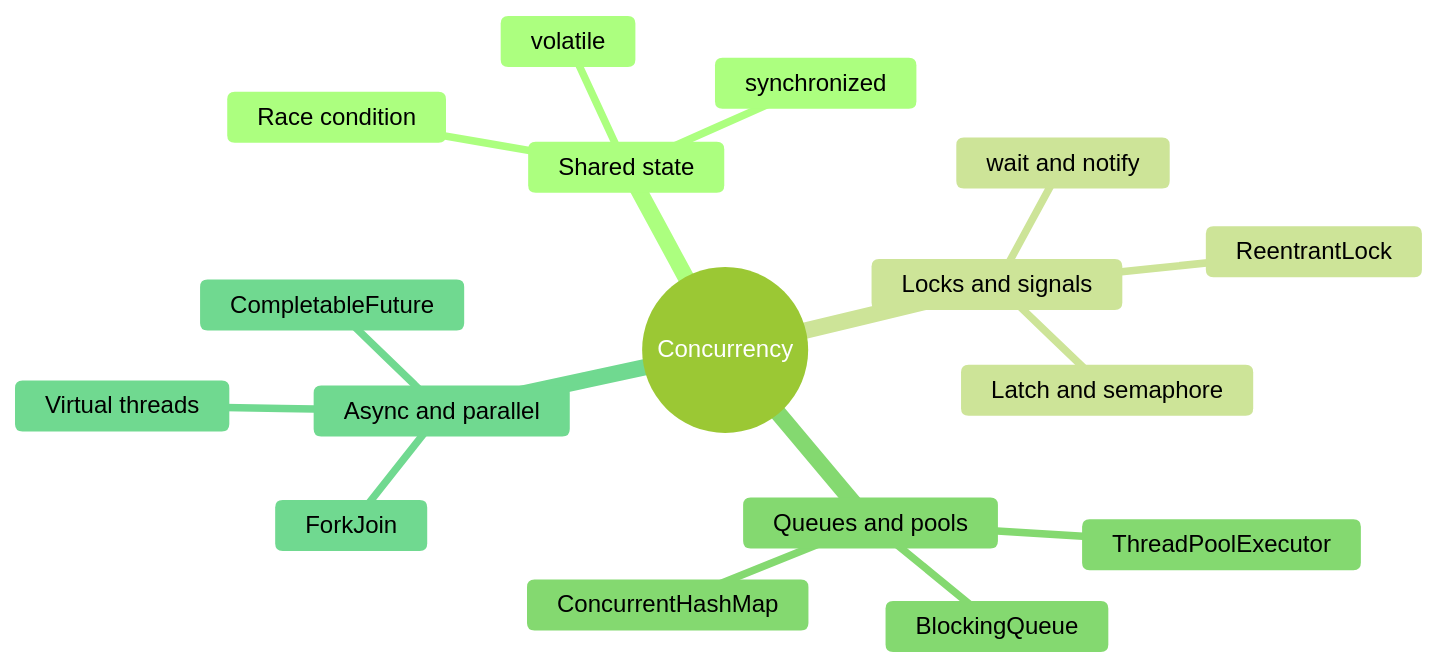
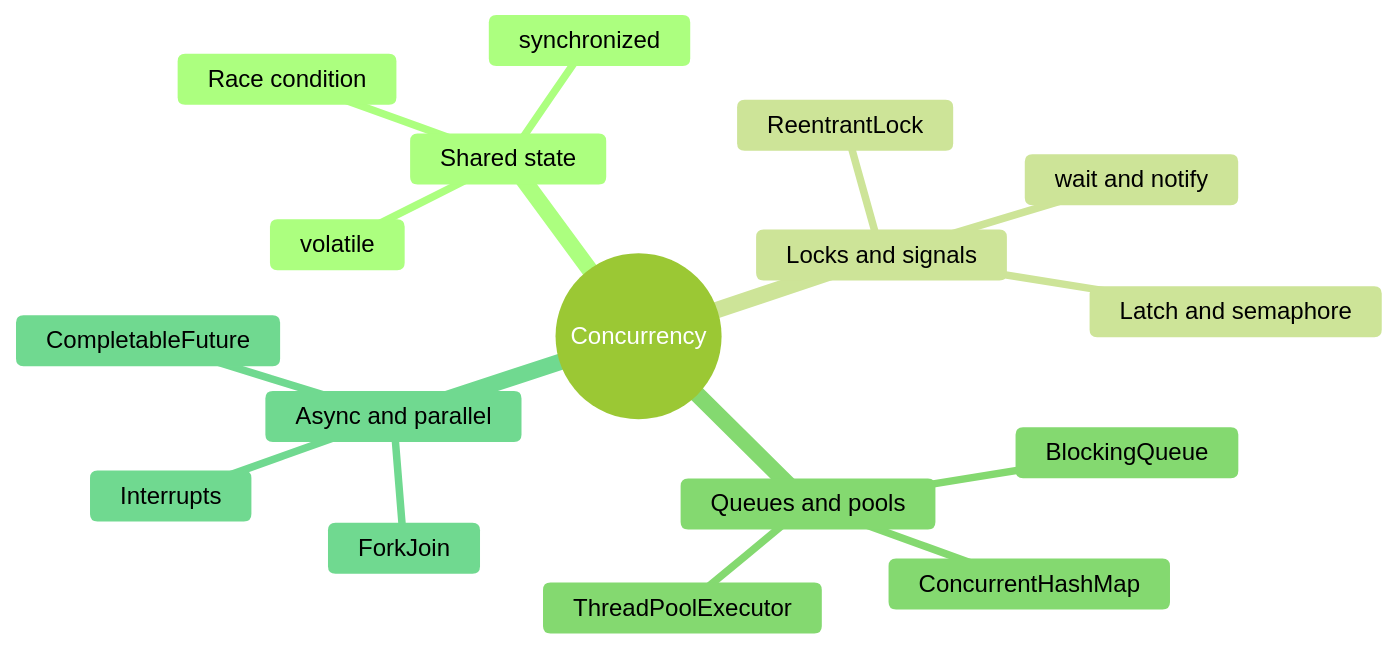
Before and after one commit to Sriram-Karthick-k/progress-tracker: the diagram in content/notes/concurrency/overview.md, drawn with Mermaid (forest theme). The commit also changed other lines of this file and 6 other files, not shown here.

````diff
--- a/content/notes/concurrency/overview.md
+++ b/content/notes/concurrency/overview.md
@@ -12,20 +12,20 @@
 ```mermaid
 mindmap
   root((Concurrency))
     Shared state
       Race condition
       synchronized
       volatile
     Locks and signals
       ReentrantLock
       wait and notify
       Latch and semaphore
     Queues and pools
       BlockingQueue
       ThreadPoolExecutor
       ConcurrentHashMap
     Async and parallel
       CompletableFuture
       ForkJoin
-      Virtual threads
+      Interrupts
 ```
````
